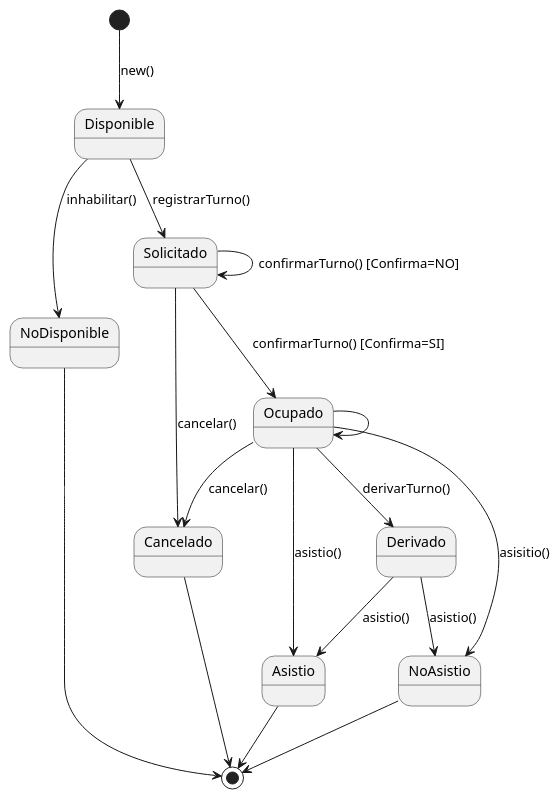
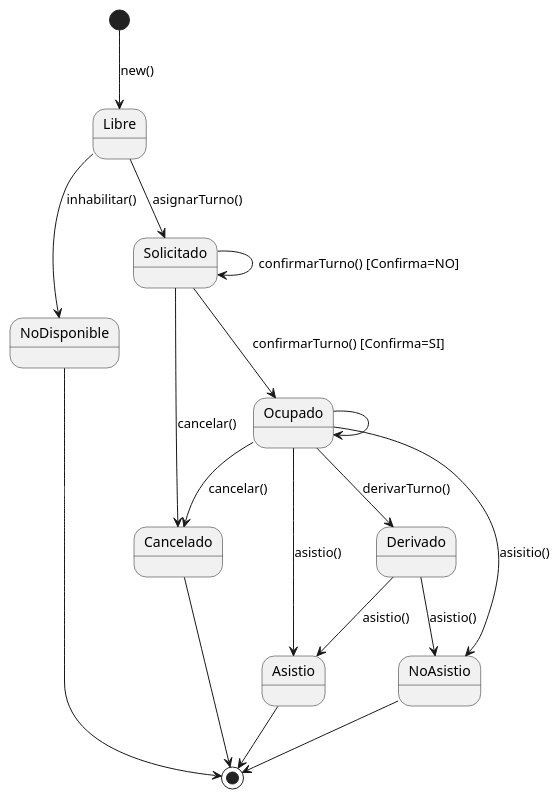
One commit to IgnacioSala20/Diagramas changed the diagram in SaludMental/Turno/estado.puml. Above: the diagram before and after it, drawn with PlantUML. The commit also changed 1 other file, not shown here.

```diff
--- a/SaludMental/Turno/estado.puml
+++ b/SaludMental/Turno/estado.puml
@@ -1,26 +1,26 @@
 @startuml estado 
 
-[*] --> Disponible : new()
+[*] --> Libre : new()
 
-Disponible --> NoDisponible : inhabilitar()
+Libre --> NoDisponible : inhabilitar()
 NoDisponible --> [*]
-Disponible --> Solicitado : registrarTurno()
+Libre --> Solicitado : asignarTurno()
 
 Solicitado --> Solicitado : confirmarTurno() [Confirma=NO]
 
 
 Solicitado --> Ocupado : confirmarTurno() [Confirma=SI]
 
 Ocupado --> Derivado : derivarTurno()
 Solicitado --> Cancelado : cancelar()
 Ocupado --> Cancelado : cancelar()
 Ocupado --> Asistio : asistio()
 Ocupado --> NoAsistio : asisitio()
 Ocupado --> Ocupado 
 Derivado --> Asistio : asistio()
 Derivado --> NoAsistio : asistio()
 
 Asistio --> [*]
 NoAsistio --> [*]
 Cancelado --> [*]
 @enduml
```
